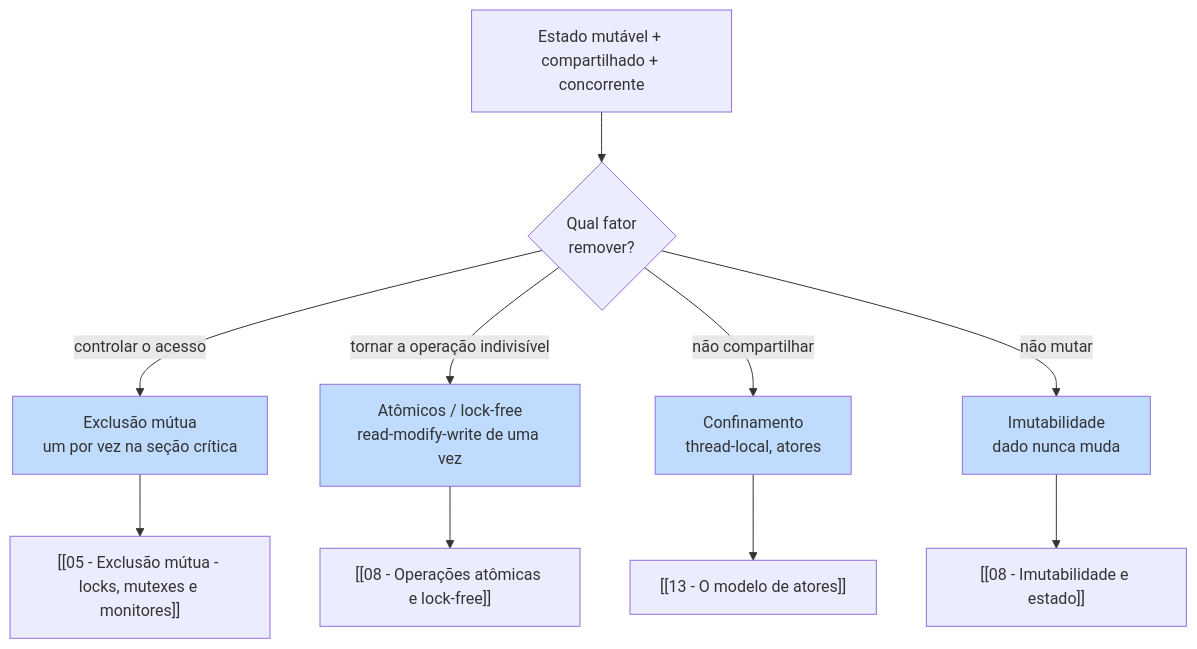
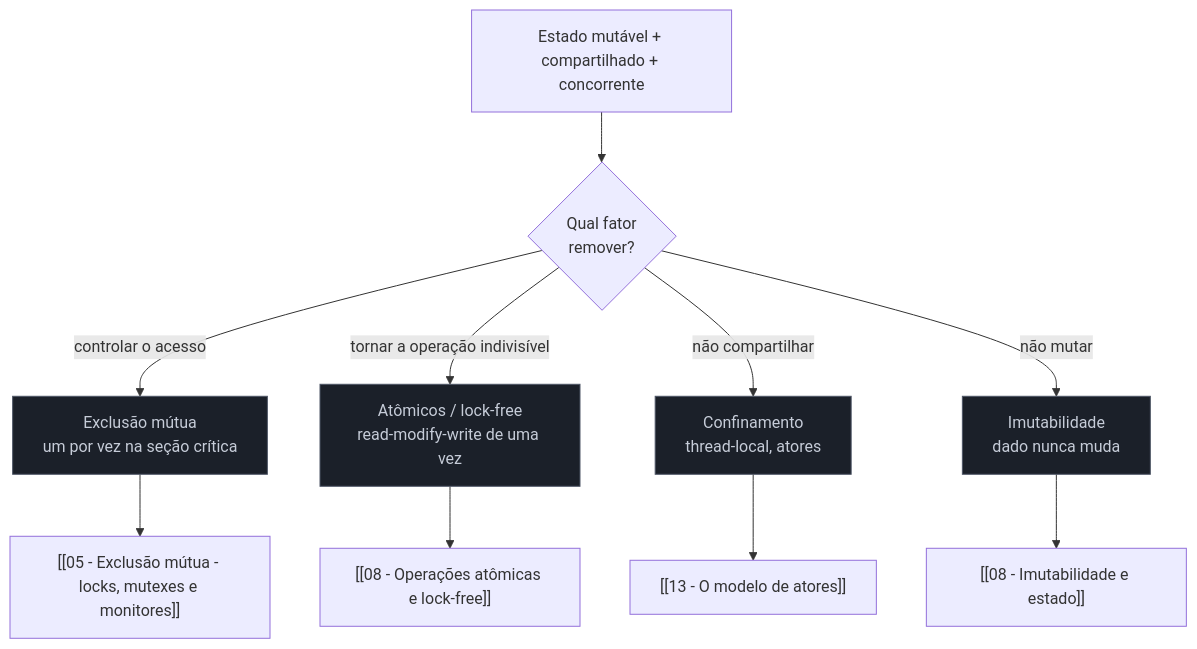
Before and after one commit to josenaldo/codex-technomanticus: the sixth of 6 diagrams in 03-Dominios/Ciência/Concorrência e Paralelismo/03 - Estado compartilhado e race conditions.md, drawn with Mermaid. The commit also changed other lines of this file and 1181 other files, not shown here.

First line of the commit message:
fix(diagramas): paleta do sistema no lugar de cor cravada no markdown

````diff
--- a/03-Dominios/Ciência/Concorrência e Paralelismo/03 - Estado compartilhado e race conditions.md
+++ b/03-Dominios/Ciência/Concorrência e Paralelismo/03 - Estado compartilhado e race conditions.md
@@ -273,19 +279,20 @@
 ```mermaid
 flowchart TD
+    classDef neutro fill:#1B2029,stroke:#4E5666,color:#C6CCD8
     PROB["Estado mutável + compartilhado + concorrente"] --> Q{"Qual fator<br/>remover?"}
 
     Q -->|"controlar o acesso"| EX["Exclusão mútua<br/>um por vez na seção crítica"]
     Q -->|"tornar a operação indivisível"| AT["Atômicos / lock-free<br/>read-modify-write de uma vez"]
     Q -->|"não compartilhar"| CONF["Confinamento<br/>thread-local, atores"]
     Q -->|"não mutar"| IMUT["Imutabilidade<br/>dado nunca muda"]
 
     EX --> L1["[[05 - Exclusão mútua - locks, mutexes e monitores]]"]
     AT --> L2["[[08 - Operações atômicas e lock-free]]"]
     CONF --> L3["[[13 - O modelo de atores]]"]
     IMUT --> L4["[[08 - Imutabilidade e estado]]"]
 
-    style EX fill:#bfdbfe
-    style AT fill:#bfdbfe
-    style CONF fill:#bfdbfe
-    style IMUT fill:#bfdbfe
+    class EX neutro
+    class AT neutro
+    class CONF neutro
+    class IMUT neutro
 ```
````
